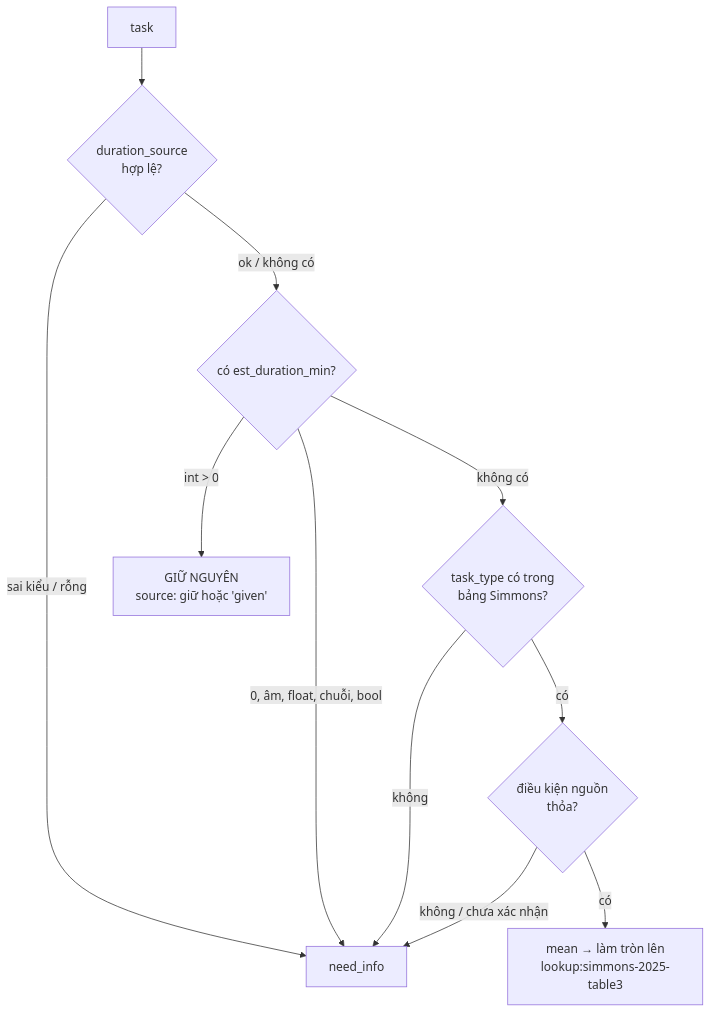
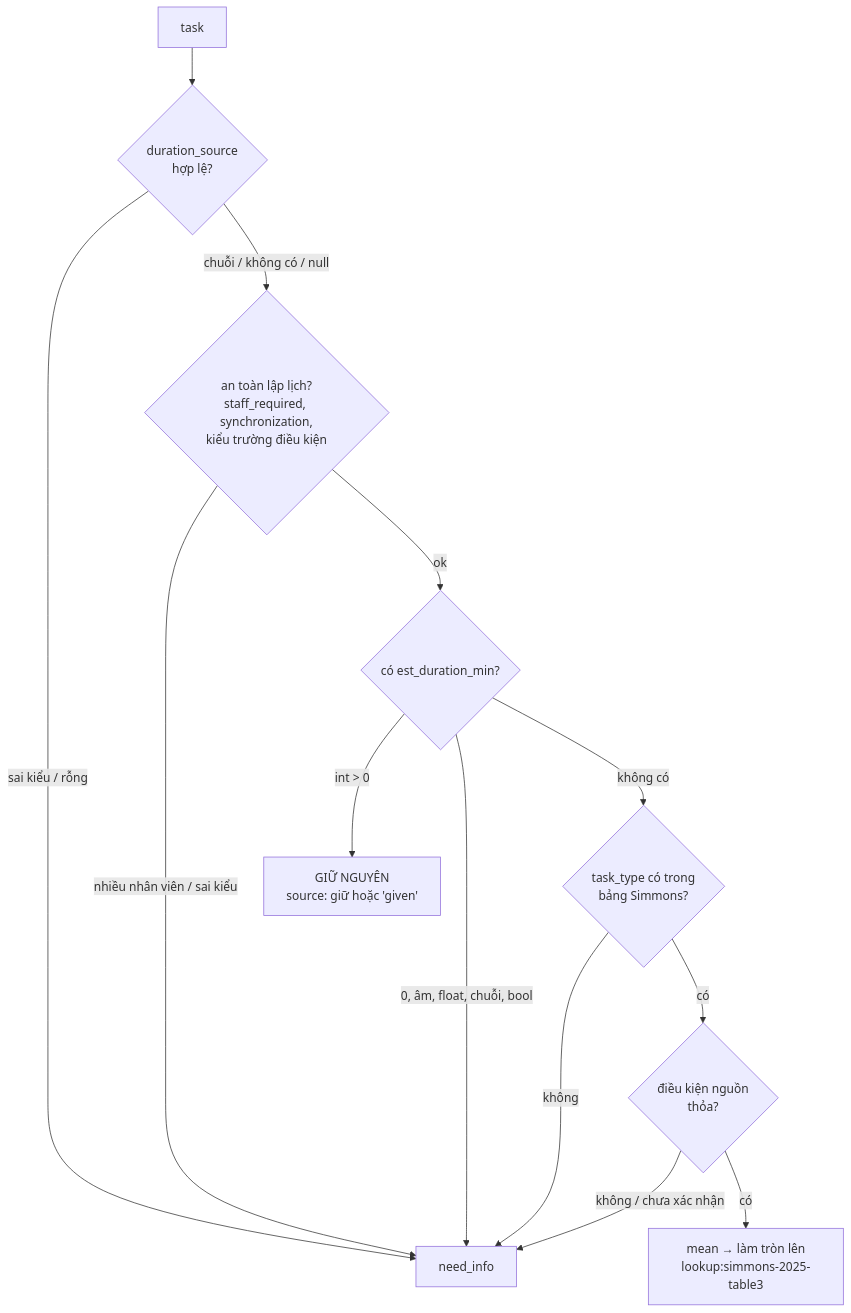
The second of 2 diagrams in docs/l3-workload-estimator.md (lit1numyt/K5-Day15-L3B-ToiYeuVingroup), drawn with Mermaid before and after one commit. The commit also changed other lines of this file and 4 other files, not shown here.

First line of the commit message:
fix(l3): xử lý source null, chặn task nhiều nhân viên, kiểm kiểu input

````diff
--- a/docs/l3-workload-estimator.md
+++ b/docs/l3-workload-estimator.md
@@ -44,13 +55,15 @@
 ```mermaid
 flowchart TD
     T["task"] --> S{"duration_source<br/>hợp lệ?"}
     S -- "sai kiểu / rỗng" --> N["need_info"]
-    S -- "ok / không có" --> G{"có est_duration_min?"}
+    S -- "chuỗi / không có / null" --> Q{"an toàn lập lịch?<br/>staff_required, synchronization,<br/>kiểu trường điều kiện"}
+    Q -- "nhiều nhân viên / sai kiểu" --> N
+    Q -- "ok" --> G{"có est_duration_min?"}
     G -- "int > 0" --> K["GIỮ NGUYÊN<br/>source: giữ hoặc 'given'"]
     G -- "0, âm, float, chuỗi, bool" --> N
     G -- "không có" --> X{"task_type có trong<br/>bảng Simmons?"}
     X -- "không" --> N
     X -- "có" --> C{"điều kiện nguồn<br/>thỏa?"}
     C -- "không / chưa xác nhận" --> N
     C -- "có" --> L["mean → làm tròn lên<br/>lookup:simmons-2025-table3"]
 ```
````
